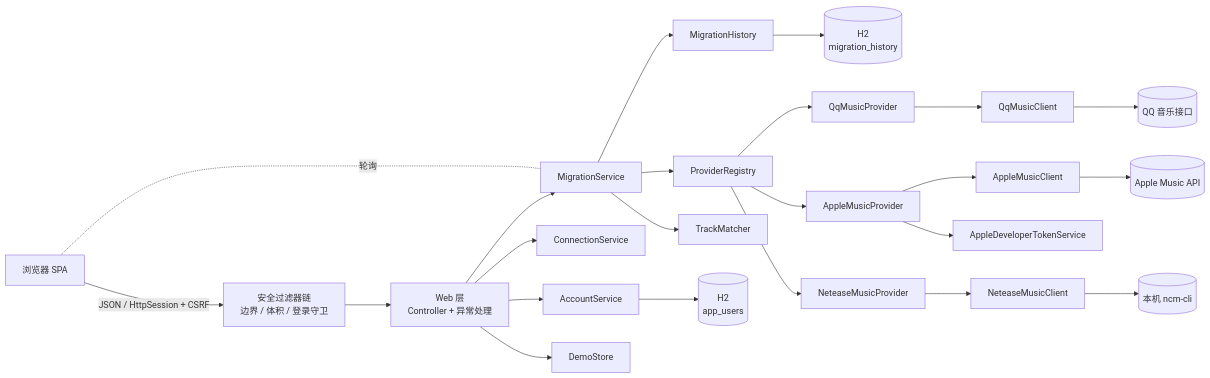
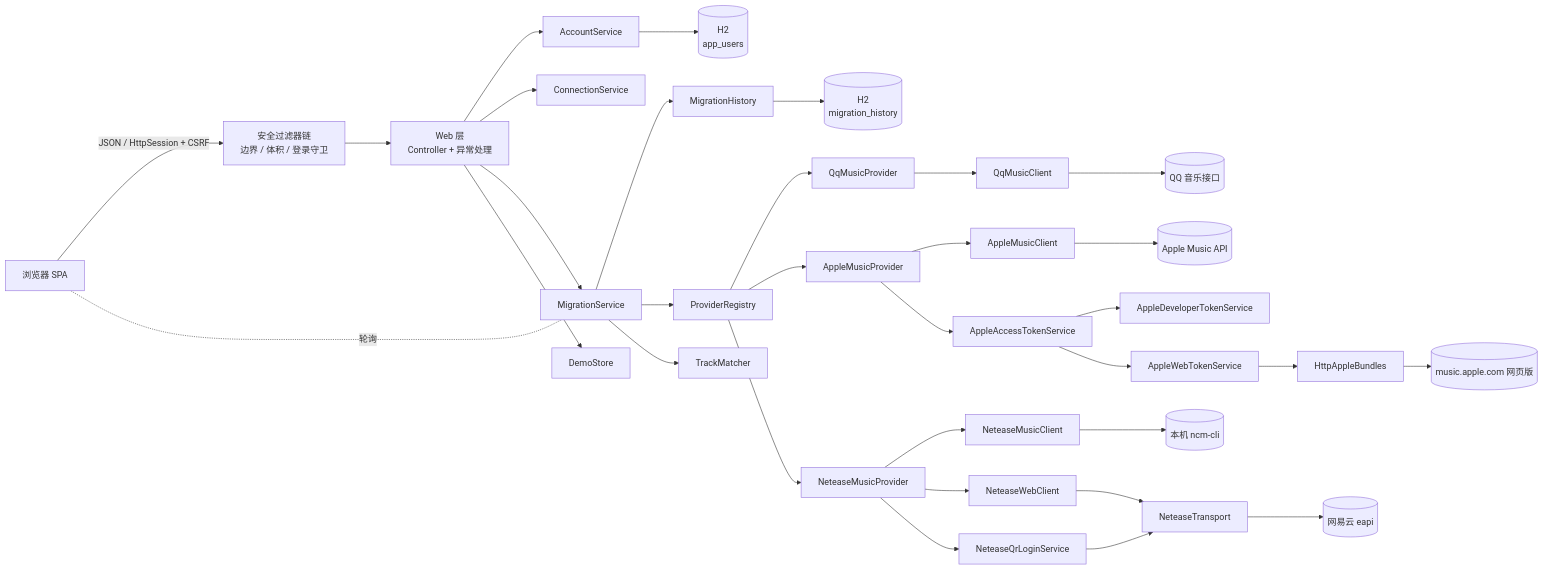
The first of 3 diagrams in docs/TECH_DESIGN.md (s610xxx/tunebridge), drawn with Mermaid before and after one commit. The commit also changed other lines of this file and 29 other files, not shown here.

````diff
--- a/docs/TECH_DESIGN.md
+++ b/docs/TECH_DESIGN.md
@@ -32,25 +32,34 @@
 ```mermaid
 flowchart LR
     U[浏览器 SPA] -->|JSON / HttpSession + CSRF| F[安全过滤器链<br/>边界 / 体积 / 登录守卫]
     F --> C[Web 层<br/>Controller + 异常处理]
     C --> AS[AccountService]
     C --> CS[ConnectionService]
     C --> MS[MigrationService]
     C --> DS[DemoStore]
     MS --> MH[MigrationHistory]
     MS --> PR[ProviderRegistry]
     MS --> TM[TrackMatcher]
     AS --> DB[(H2<br/>app_users)]
     MH --> DB2[(H2<br/>migration_history)]
     PR --> QP[QqMusicProvider]
     PR --> AP[AppleMusicProvider]
     PR --> NP[NeteaseMusicProvider]
     QP --> QC[QqMusicClient]
     AP --> AC[AppleMusicClient]
-    AP --> AT[AppleDeveloperTokenService]
+    AP --> AT[AppleAccessTokenService]
+    AT --> ADV[AppleDeveloperTokenService]
+    AT --> WEB[AppleWebTokenService]
+    WEB --> HB[HttpAppleBundles]
+    HB --> MW[(music.apple.com 网页版)]
     NP --> NC[NeteaseMusicClient]
     QC --> QQ[(QQ 音乐接口)]
     AC --> AM[(Apple Music API)]
     NC --> NE[(本机 ncm-cli)]
+    NP --> NW[NeteaseWebClient]
+    NP --> NQ[NeteaseQrLoginService]
+    NW --> NT[NeteaseTransport]
+    NQ --> NT
+    NT --> NK[(网易云 eapi)]
     MS -. 轮询 .- U
 ```
````
